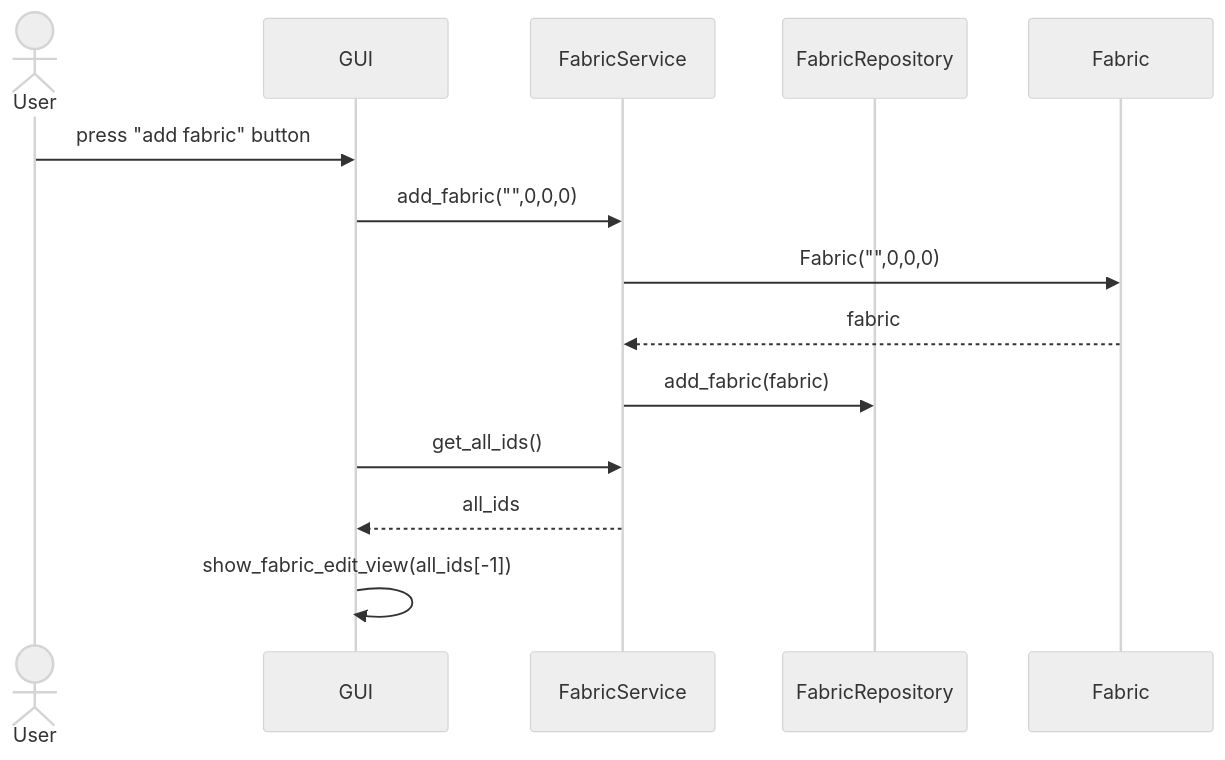
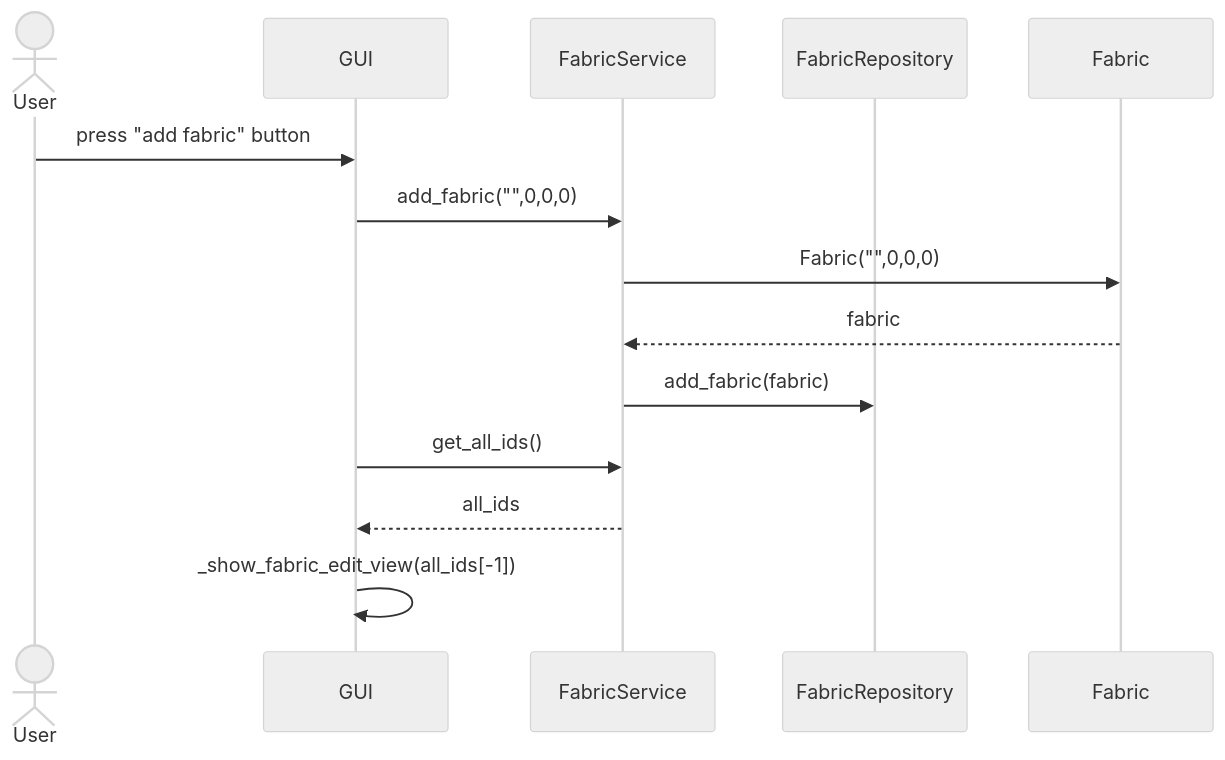
The fourth of 4 diagrams in fabric-stash/dokumentaatio/arkkitehtuuri.md (taru-s/ot-harjoitustyo), drawn with Mermaid (neutral theme) before and after one commit. The commit also changed other lines of this file, not shown here.

````diff
--- a/fabric-stash/dokumentaatio/arkkitehtuuri.md
+++ b/fabric-stash/dokumentaatio/arkkitehtuuri.md
@@ -21,19 +111,17 @@
 ```mermaid
  sequenceDiagram
       actor User
       participant GUI
       participant S as FabricService
       participant R as FabricRepository
       participant F as Fabric
       
       User ->> GUI: press "add fabric" button
       GUI ->> S: add_fabric("",0,0,0)
       S ->> F: Fabric("",0,0,0)
       F -->> S: fabric
       S ->> R: add_fabric(fabric)
       GUI ->> S: get_all_ids()
       S -->> GUI: all_ids
-      GUI ->> GUI: show_fabric_edit_view(all_ids[-1])
-      
-      
+      GUI ->> GUI: _show_fabric_edit_view(all_ids[-1])   
 ```
````
